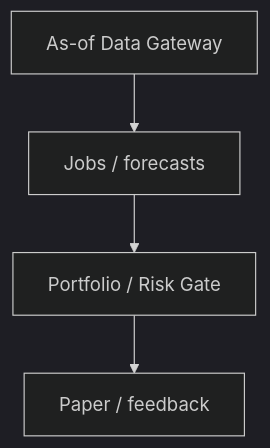
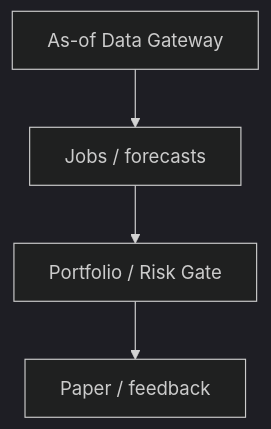
The second of 2 diagrams in README.md (BouillieAnonymous/Perpetual-Alpha-2026), drawn with Mermaid (dark theme) before and after one commit. The commit also changed other lines of this file, not shown here.

Commit message:
docs: use SVG text labels for GitHub Mermaid rendering

````diff
--- a/README.md
+++ b/README.md
@@ -59,6 +63,10 @@
 ```mermaid
+---
+config:
+  htmlLabels: false
+---
 flowchart TD
   A[As-of Data Gateway] --> B[Jobs / forecasts]
   B --> C[Portfolio / Risk Gate]
   C --> D[Paper / feedback]
 ```
````
